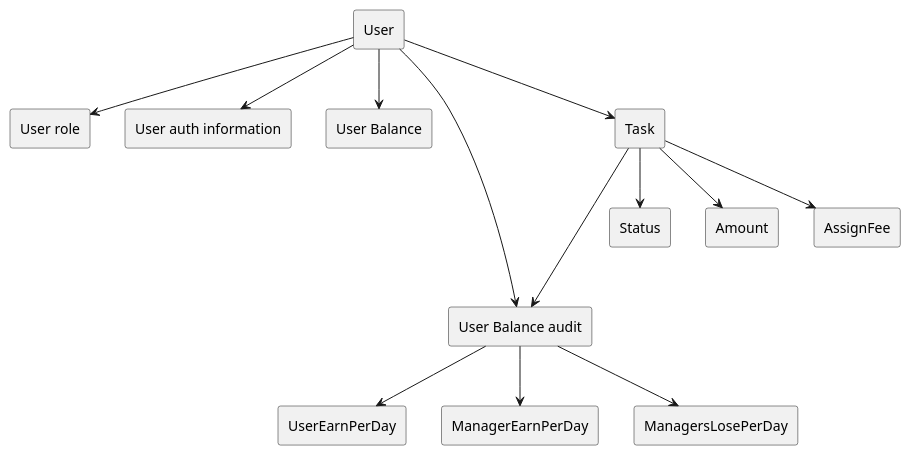
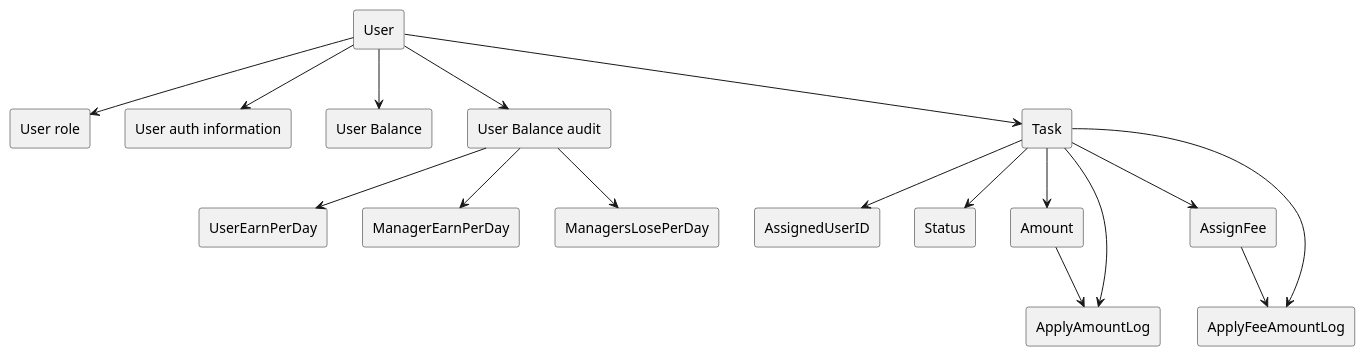
The diagram in docs/data_model.plantuml (ximyro/async_architecture_course), drawn with PlantUML before and after one commit. The commit also changed 9 other files, not shown here.

Commit message:
Modify diagrams

```diff
--- a/docs/data_model.plantuml
+++ b/docs/data_model.plantuml
@@ -1,30 +1,37 @@
 @startuml data_model
 
 rectangle User
 rectangle "User role" as ur
 rectangle "User auth information" as uai
 rectangle "User Balance" as ub
 rectangle "User Balance audit" as uba
 
 rectangle UserEarnPerDay
 rectangle ManagerEarnPerDay
 rectangle ManagersLosePerDay
 
 rectangle Task
+rectangle AssignedUserID
 rectangle Status
 rectangle Amount
 rectangle AssignFee
+rectangle ApplyFeeAmountLog
+rectangle ApplyAmountLog
 
+AssignFee --> ApplyFeeAmountLog
+Amount --> ApplyAmountLog
 User --> ur
 User --> uai
 User --> ub
 User --> uba
 User --> Task
+Task --> AssignedUserID
 Task --> Status
 Task --> Amount
 Task --> AssignFee
-Task ---> uba
+Task --> ApplyFeeAmountLog
+Task --> ApplyAmountLog
 uba --> UserEarnPerDay
 uba --> ManagerEarnPerDay
 uba --> ManagersLosePerDay
 @enduml
```
